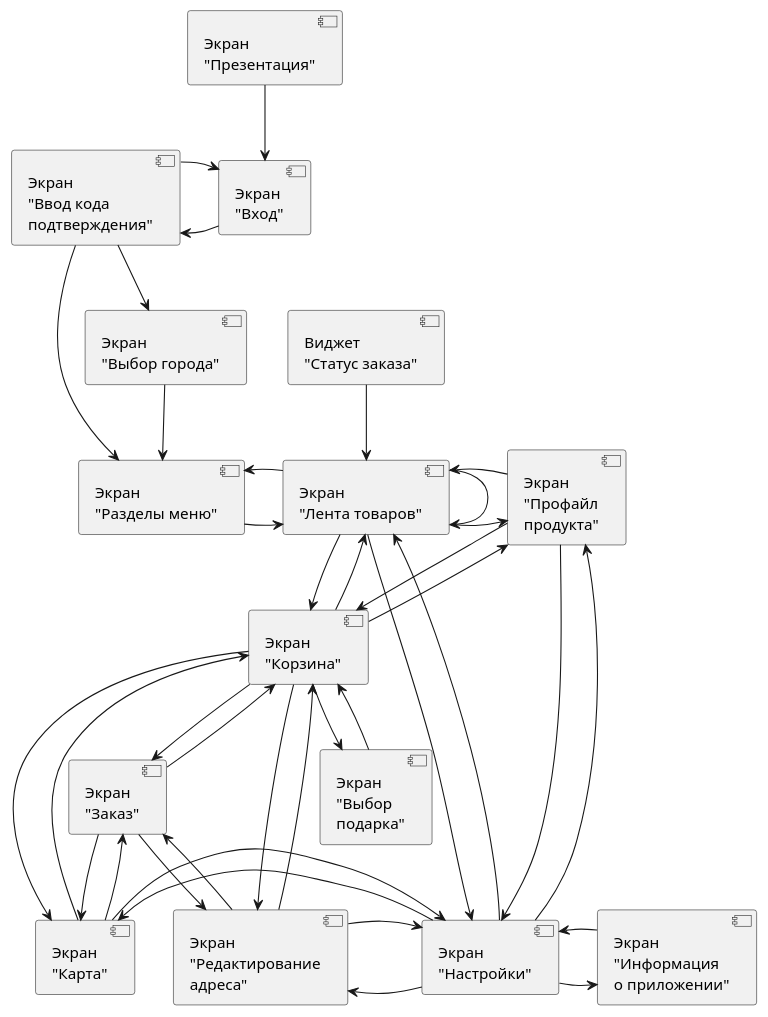
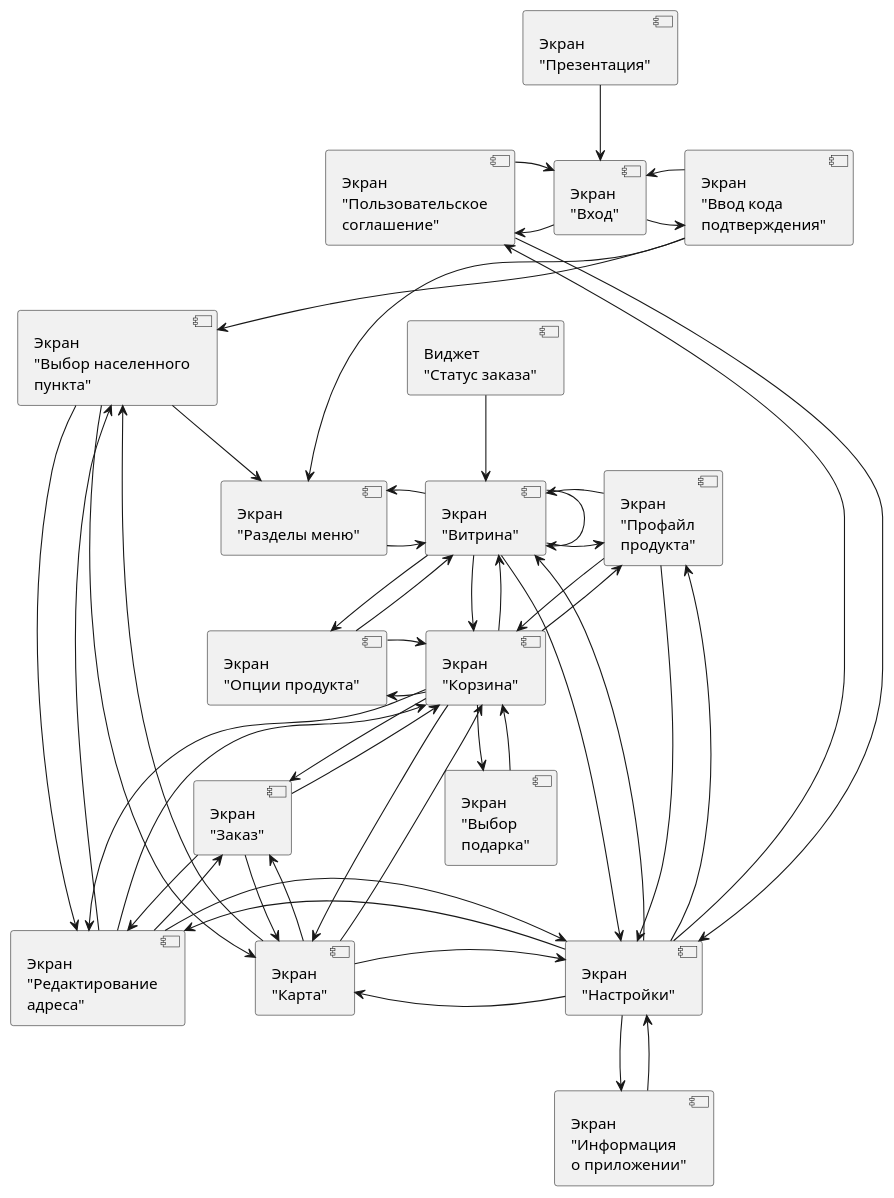
One commit to sushnaya-franchising/sushnaya-web-service changed the diagram in uml/mobile-app.puml. Above: the diagram before and after it, drawn with PlantUML. The commit also changed 1 other file, not shown here.

Commit message:
Update uml diagrams

```diff
--- a/uml/mobile-app.puml
+++ b/uml/mobile-app.puml
@@ -1,53 +1,69 @@
 @startuml
 skinparam componentStyle uml2
 
 [Экран\n"Карта"]
 [Экран\n"Редактирование\nадреса"]
 
 [Экран\n"Презентация"] -down-> [Экран\n"Вход"]
 [Экран\n"Вход"] -> [Экран\n"Ввод кода\nподтверждения"]
 [Экран\n"Ввод кода\nподтверждения"] -> [Экран\n"Вход"]
 [Экран\n"Ввод кода\nподтверждения"] -down-> [Экран\n"Разделы меню"]
-[Экран\n"Ввод кода\nподтверждения"] -down-> [Экран\n"Выбор города"]
-[Экран\n"Выбор города"] -down-> [Экран\n"Разделы меню"]
+[Экран\n"Ввод кода\nподтверждения"] -down-> [Экран\n"Выбор населенного\nпункта"]
+[Экран\n"Выбор населенного\nпункта"] -down-> [Экран\n"Разделы меню"]
 
-[Экран\n"Разделы меню"] -right-> [Экран\n"Лента товаров"]
-[Экран\n"Лента товаров"] -left-> [Экран\n"Разделы меню"]
-[Экран\n"Лента товаров"] -down-> [Экран\n"Настройки"]
-[Экран\n"Настройки"] -up-> [Экран\n"Лента товаров"]
-[Экран\n"Лента товаров"] -down-> [Экран\n"Корзина"]
-[Экран\n"Корзина"] -up-> [Экран\n"Лента товаров"]
-[Экран\n"Лента товаров"] -right-> [Экран\n"Профайл\nпродукта"]
-[Экран\n"Профайл\nпродукта"] -left-> [Экран\n"Лента товаров"]
-[Виджет\n"Статус заказа"] -down-> [Экран\n"Лента товаров"]
-[Экран\n"Лента товаров"] -> [Экран\n"Лента товаров"]
+[Экран\n"Выбор населенного\nпункта"] -down-> [Экран\n"Редактирование\nадреса"]
+[Экран\n"Редактирование\nадреса"] -up-> [Экран\n"Выбор населенного\nпункта"]
+
+[Экран\n"Выбор населенного\nпункта"] -down-> [Экран\n"Карта"]
+[Экран\n"Карта"] -up-> [Экран\n"Выбор населенного\nпункта"]
+
+[Экран\n"Разделы меню"] -right-> [Экран\n"Витрина"]
+[Экран\n"Витрина"] -left-> [Экран\n"Разделы меню"]
+[Экран\n"Витрина"] -down-> [Экран\n"Настройки"]
+[Экран\n"Настройки"] -up-> [Экран\n"Витрина"]
+[Экран\n"Витрина"] -down-> [Экран\n"Корзина"]
+[Экран\n"Корзина"] -up-> [Экран\n"Витрина"]
+[Экран\n"Витрина"] -right-> [Экран\n"Профайл\nпродукта"]
+[Экран\n"Профайл\nпродукта"] -left-> [Экран\n"Витрина"]
+[Виджет\n"Статус заказа"] -down-> [Экран\n"Витрина"]
+[Экран\n"Витрина"] -> [Экран\n"Витрина"]
+
+[Экран\n"Корзина"] -left-> [Экран\n"Опции продукта"]
+[Экран\n"Опции продукта"] -right-> [Экран\n"Корзина"]
+[Экран\n"Витрина"] -down-> [Экран\n"Опции продукта"]
+[Экран\n"Опции продукта"] -up-> [Экран\n"Витрина"]
 
 [Экран\n"Профайл\nпродукта"] -down-> [Экран\n"Настройки"]
 [Экран\n"Настройки"] -up-> [Экран\n"Профайл\nпродукта"]
 [Экран\n"Профайл\nпродукта"] -down-> [Экран\n"Корзина"]
 [Экран\n"Корзина"] -up-> [Экран\n"Профайл\nпродукта"]
 
-[Экран\n"Настройки"] -right-> [Экран\n"Информация\nо приложении"]
-[Экран\n"Информация\nо приложении"] -left-> [Экран\n"Настройки"]
+[Экран\n"Настройки"] -down-> [Экран\n"Информация\nо приложении"]
+[Экран\n"Информация\nо приложении"] -up-> [Экран\n"Настройки"]
 
 [Экран\n"Корзина"] -down-> [Экран\n"Заказ"]
 [Экран\n"Заказ"] -up-> [Экран\n"Корзина"]
 [Экран\n"Корзина"] -down-> [Экран\n"Выбор\nподарка"]
 [Экран\n"Выбор\nподарка"] -up-> [Экран\n"Корзина"]
 
 [Экран\n"Корзина"] -down-> [Экран\n"Карта"]
 [Экран\n"Карта"] -up-> [Экран\n"Корзина"]
 [Экран\n"Корзина"] -down-> [Экран\n"Редактирование\nадреса"]
 [Экран\n"Редактирование\nадреса"] -up-> [Экран\n"Корзина"]
 
 [Экран\n"Заказ"] -down-> [Экран\n"Карта"]
 [Экран\n"Карта"] -up-> [Экран\n"Заказ"]
 [Экран\n"Заказ"] -down-> [Экран\n"Редактирование\nадреса"]
 [Экран\n"Редактирование\nадреса"] -up-> [Экран\n"Заказ"]
 
 [Экран\n"Настройки"] -left-> [Экран\n"Карта"]
 [Экран\n"Карта"] -right-> [Экран\n"Настройки"]
 [Экран\n"Настройки"] -left-> [Экран\n"Редактирование\nадреса"]
 [Экран\n"Редактирование\nадреса"] -right-> [Экран\n"Настройки"]
 
+[Экран\n"Вход"] -> [Экран\n"Пользовательское\nсоглашение"]
+[Экран\n"Пользовательское\nсоглашение"] -> [Экран\n"Вход"]
+[Экран\n"Настройки"] -up-> [Экран\n"Пользовательское\nсоглашение"]
+[Экран\n"Пользовательское\nсоглашение"] -down-> [Экран\n"Настройки"]
+
 @enduml
```
